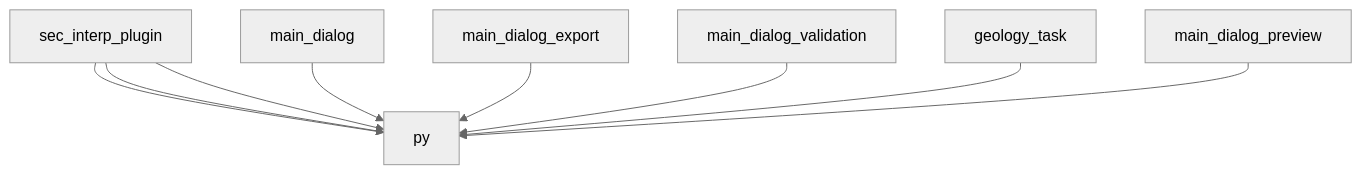
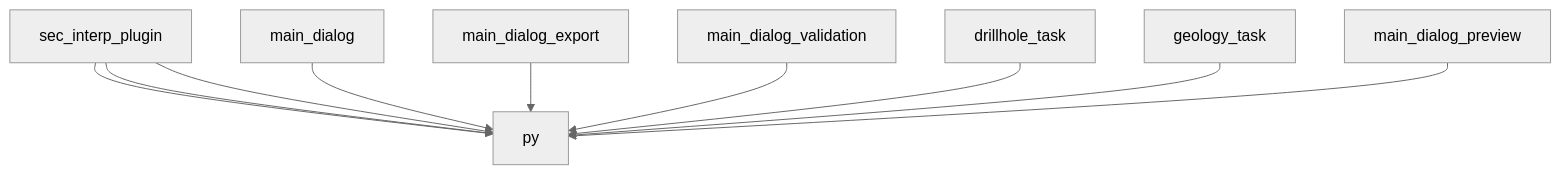
Before and after one commit to geociencio/sec_interp: the diagram in AI_CONTEXT.md, drawn with Mermaid (neutral theme). The commit also changed other lines of this file and 9 other files, not shown here.

````diff
--- a/AI_CONTEXT.md
+++ b/AI_CONTEXT.md
@@ -115,11 +115,12 @@
 ```mermaid
 graph TD
     sec_interp_plugin --> py
     sec_interp_plugin --> py
     sec_interp_plugin --> py
     main_dialog --> py
     main_dialog_export --> py
     main_dialog_validation --> py
+    drillhole_task --> py
     geology_task --> py
     main_dialog_preview --> py
 ```
````
